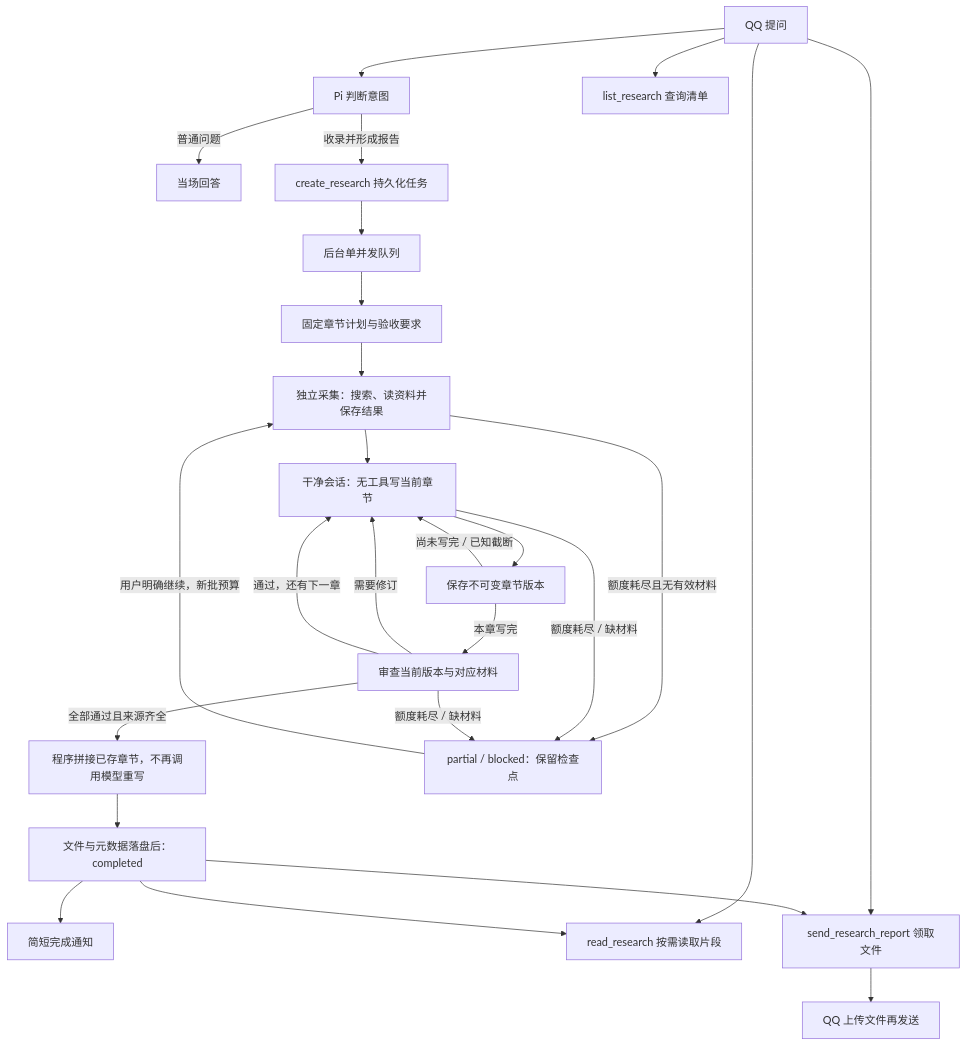
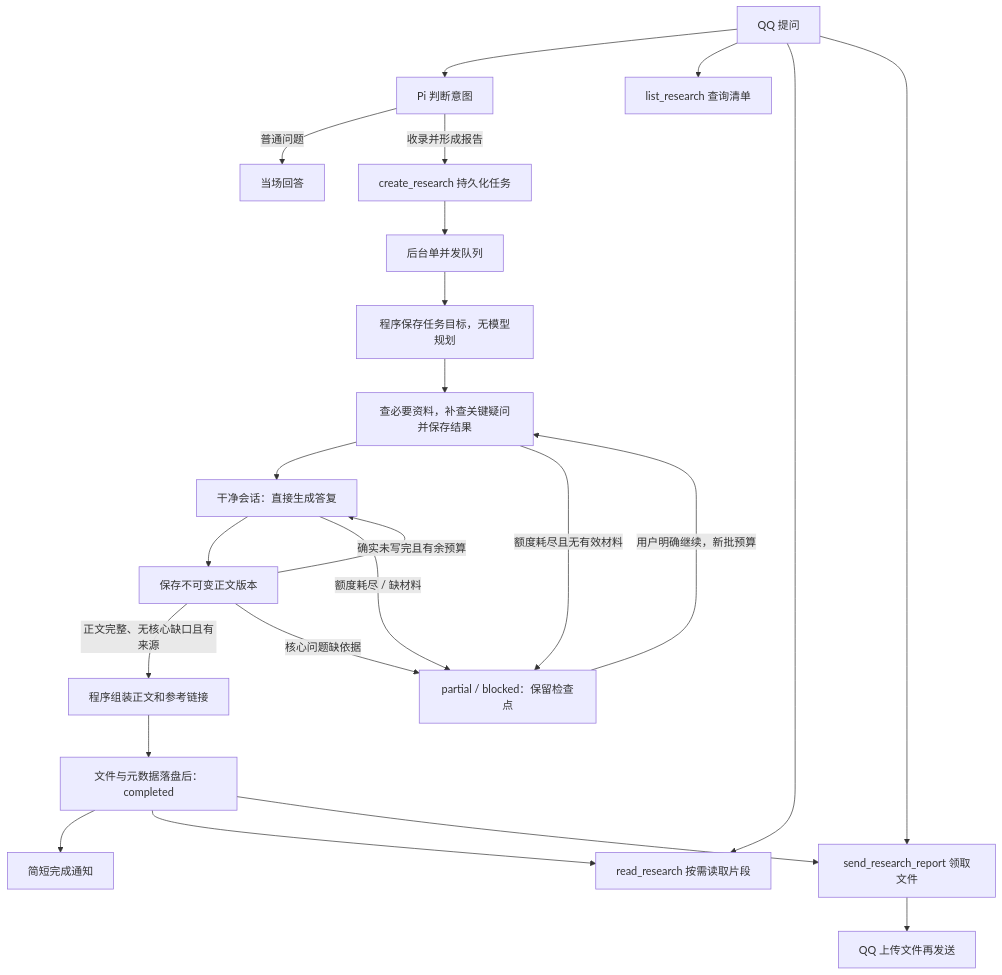
One commit to drunk-cat423/pa changed the diagram in docs/research.md. Above: the diagram before and after it, drawn with Mermaid. The commit also changed other lines of this file and 18 other files, not shown here.

````diff
--- a/docs/research.md
+++ b/docs/research.md
@@ -15,28 +22,25 @@
 ```mermaid
 flowchart TD
     request["QQ 提问"] --> model["Pi 判断意图"]
     model -->|"普通问题"| answer["当场回答"]
     model -->|"收录并形成报告"| create["create_research 持久化任务"]
     create --> queue["后台单并发队列"]
-    queue --> plan["固定章节计划与验收要求"]
-    plan --> collect["独立采集：搜索、读资料并保存结果"]
-    collect --> research["干净会话：无工具写当前章节"]
-    research --> checkpoint["保存不可变章节版本"]
-    checkpoint -->|"尚未写完 / 已知截断"| research
-    checkpoint -->|"本章写完"| review["审查当前版本与对应材料"]
-    review -->|"需要修订"| research
-    review -->|"通过，还有下一章"| research
-    review -->|"全部通过且来源齐全"| assemble["程序拼接已存章节，不再调用模型重写"]
+    queue --> plan["程序保存任务目标，无模型规划"]
+    plan --> collect["查必要资料，补查关键疑问并保存结果"]
+    collect --> research["干净会话：直接生成答复"]
+    research --> checkpoint["保存不可变正文版本"]
+    checkpoint -->|"确实未写完且有余预算"| research
+    checkpoint -->|"正文完整、无核心缺口且有来源"| assemble["程序组装正文和参考链接"]
     assemble --> report["文件与元数据落盘后：completed"]
     collect -->|"额度耗尽且无有效材料"| blocked["partial / blocked：保留检查点"]
     research -->|"额度耗尽 / 缺材料"| blocked
-    review -->|"额度耗尽 / 缺材料"| blocked
+    checkpoint -->|"核心问题缺依据"| blocked
     blocked -->|"用户明确继续，新批预算"| collect
     report --> notice["简短完成通知"]
     request --> list["list_research 查询清单"]
     request --> read["read_research 按需读取片段"]
     request --> send["send_research_report 领取文件"]
     report --> read
     report --> send
     send --> qq["QQ 上传文件再发送"]
 ```
````
